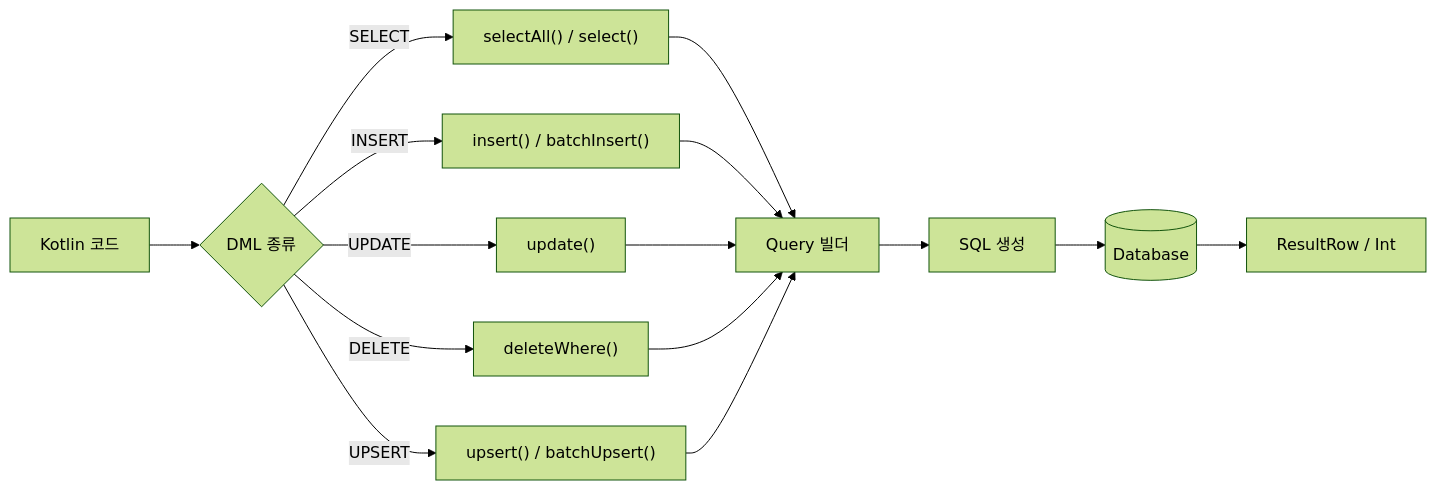
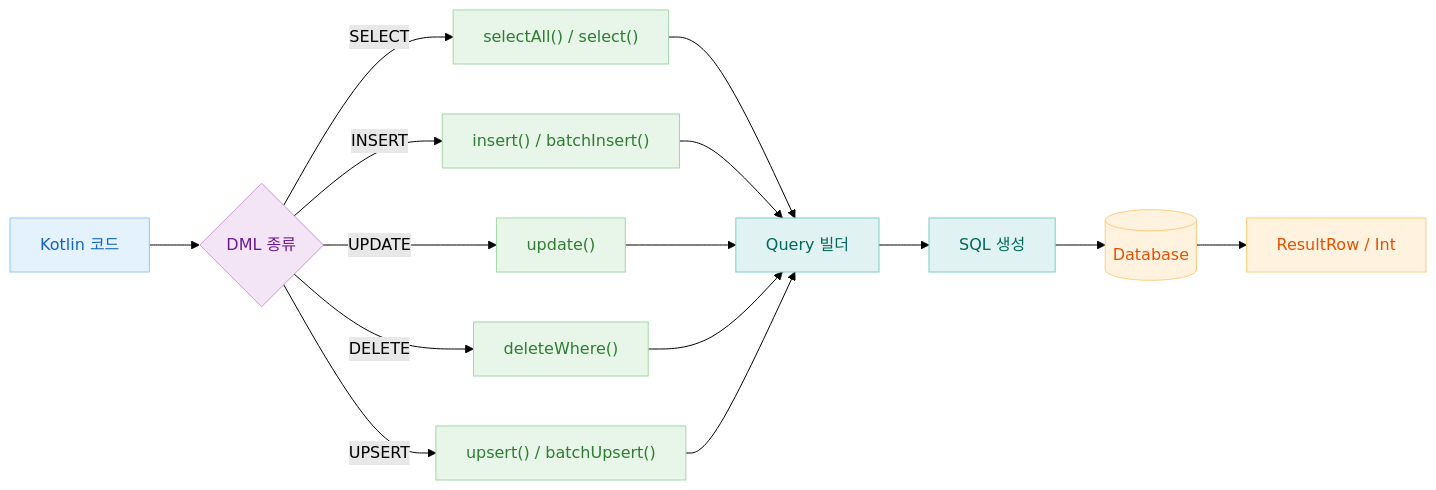
One commit to bluetape4k/exposed-workshop changed the first of 3 diagrams in 05-exposed-dml/01-dml/README.md. Above: the diagram before and after it, drawn with Mermaid (forest theme). The commit also changed 56 other files, not shown here.

First line of the commit message:
docs: 전체 README mermaid 다이어그램에 파스텔 톤 색상 적용

````diff
--- a/05-exposed-dml/01-dml/README.md
+++ b/05-exposed-dml/01-dml/README.md
@@ -96,17 +96,29 @@
 ```mermaid
 flowchart LR
     A[Kotlin 코드] --> B{DML 종류}
     B -->|SELECT| C["selectAll() / select()"]
     B -->|INSERT| D["insert() / batchInsert()"]
     B -->|UPDATE| E["update()"]
     B -->|DELETE| F["deleteWhere()"]
     B -->|UPSERT| G["upsert() / batchUpsert()"]
     C --> H[Query 빌더]
     D --> H
     E --> H
     F --> H
     G --> H
     H --> I[SQL 생성]
     I --> J[(Database)]
     J --> K[ResultRow / Int]
+
+    classDef blue fill:#E3F2FD,stroke:#90CAF9,color:#1565C0
+    classDef green fill:#E8F5E9,stroke:#A5D6A7,color:#2E7D32
+    classDef purple fill:#F3E5F5,stroke:#CE93D8,color:#6A1B9A
+    classDef orange fill:#FFF3E0,stroke:#FFCC80,color:#E65100
+    classDef teal fill:#E0F2F1,stroke:#80CBC4,color:#00695C
+
+    class A blue
+    class B purple
+    class C,D,E,F,G green
+    class H,I teal
+    class J,K orange
 ```
````
